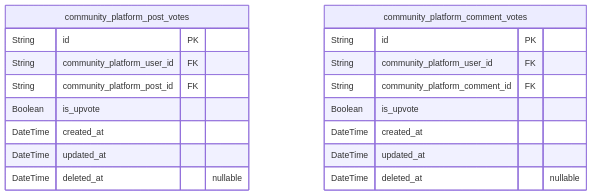
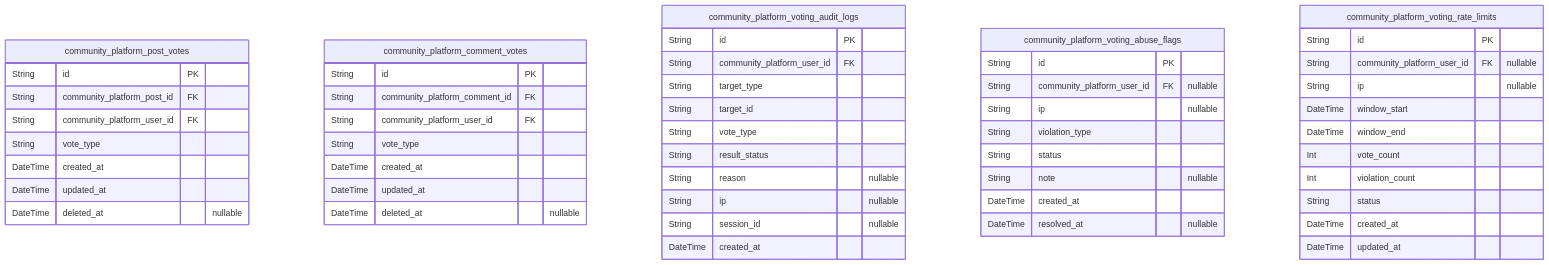
Before and after one commit to wrtnlabs/autobe-examples: the sixth of 11 diagrams in openai/gpt-4.1/reddit/docs/ERD.md, drawn with Mermaid. The commit also changed other lines of this file and 22498 other files, not shown here.

````diff
--- a/openai/gpt-4.1/reddit/docs/ERD.md
+++ b/openai/gpt-4.1/reddit/docs/ERD.md
@@ -914,21 +1193,55 @@
 ```mermaid
 erDiagram
 "community_platform_post_votes" {
   String id PK
+  String community_platform_post_id FK
   String community_platform_user_id FK
-  String community_platform_post_id FK
-  Boolean is_upvote
+  String vote_type
   DateTime created_at
   DateTime updated_at
   DateTime deleted_at "nullable"
 }
 "community_platform_comment_votes" {
   String id PK
+  String community_platform_comment_id FK
   String community_platform_user_id FK
-  String community_platform_comment_id FK
-  Boolean is_upvote
+  String vote_type
   DateTime created_at
   DateTime updated_at
   DateTime deleted_at "nullable"
 }
+"community_platform_voting_audit_logs" {
+  String id PK
+  String community_platform_user_id FK
+  String target_type
+  String target_id
+  String vote_type
+  String result_status
+  String reason "nullable"
+  String ip "nullable"
+  String session_id "nullable"
+  DateTime created_at
+}
+"community_platform_voting_abuse_flags" {
+  String id PK
+  String community_platform_user_id FK "nullable"
+  String ip "nullable"
+  String violation_type
+  String status
+  String note "nullable"
+  DateTime created_at
+  DateTime resolved_at "nullable"
+}
+"community_platform_voting_rate_limits" {
+  String id PK
+  String community_platform_user_id FK "nullable"
+  String ip "nullable"
+  DateTime window_start
+  DateTime window_end
+  Int vote_count
+  Int violation_count
+  String status
+  DateTime created_at
+  DateTime updated_at
+}
 ```
````
